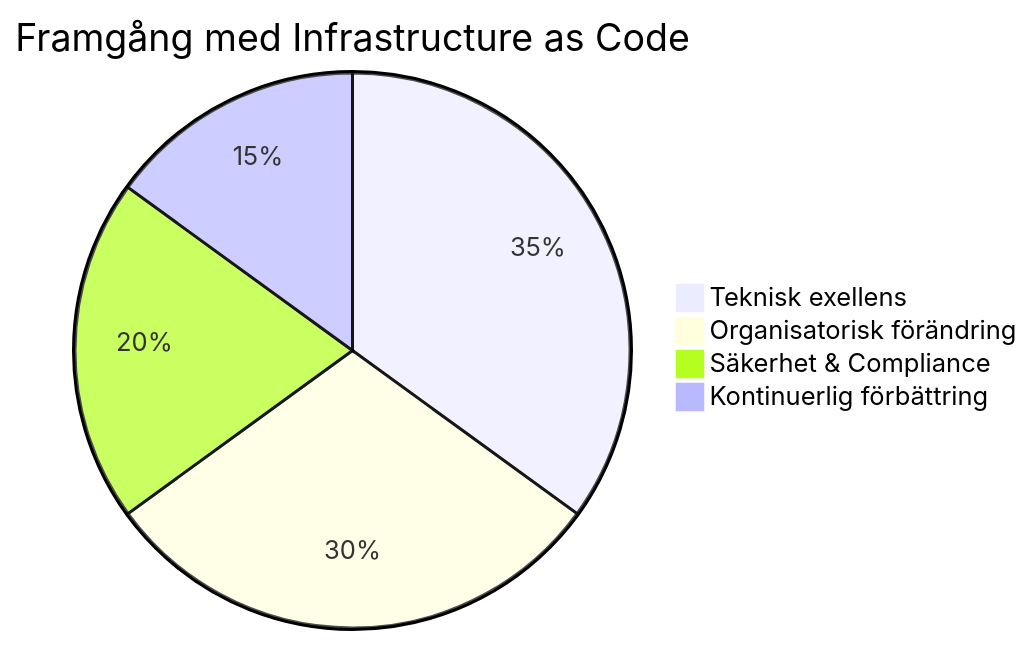
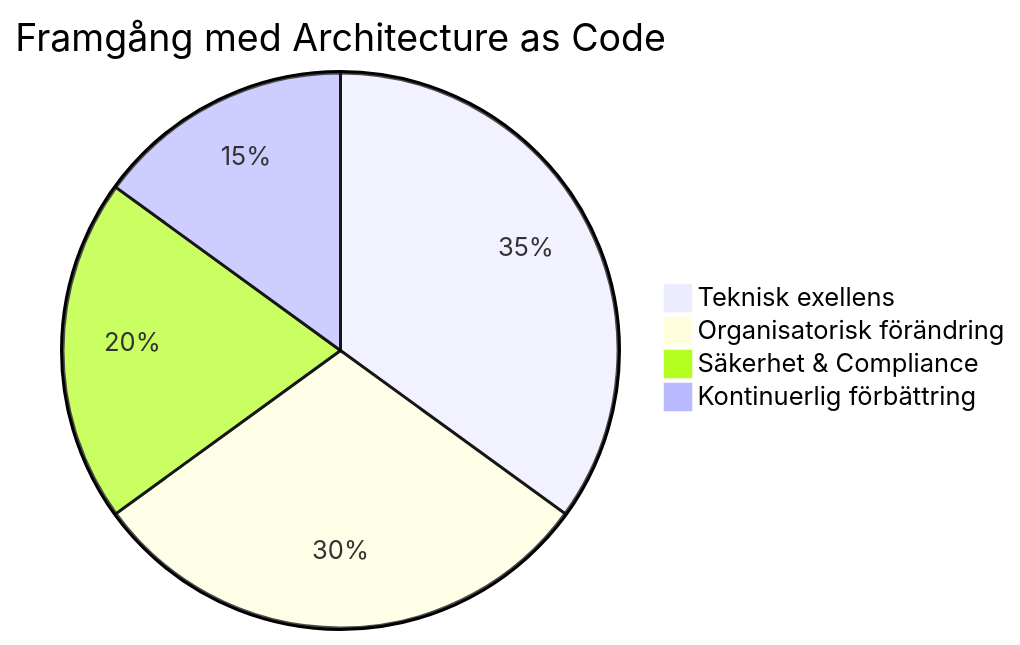
The diagram in docs/images/diagram_22_slutsats.mmd (Geonitab/architecture_as_code), drawn with Mermaid before and after one commit. The commit also changed 3 other files, not shown here.

Commit message:
Update remaining IaC references in diagrams, templates and configs

```diff
--- a/docs/images/diagram_22_slutsats.mmd
+++ b/docs/images/diagram_22_slutsats.mmd
@@ -1,5 +1,5 @@
-pie title Framgång med Infrastructure as Code
+pie title Framgång med Architecture as Code
     "Teknisk exellens" : 35
     "Organisatorisk förändring" : 30
     "Säkerhet & Compliance" : 20
     "Kontinuerlig förbättring" : 15
```
